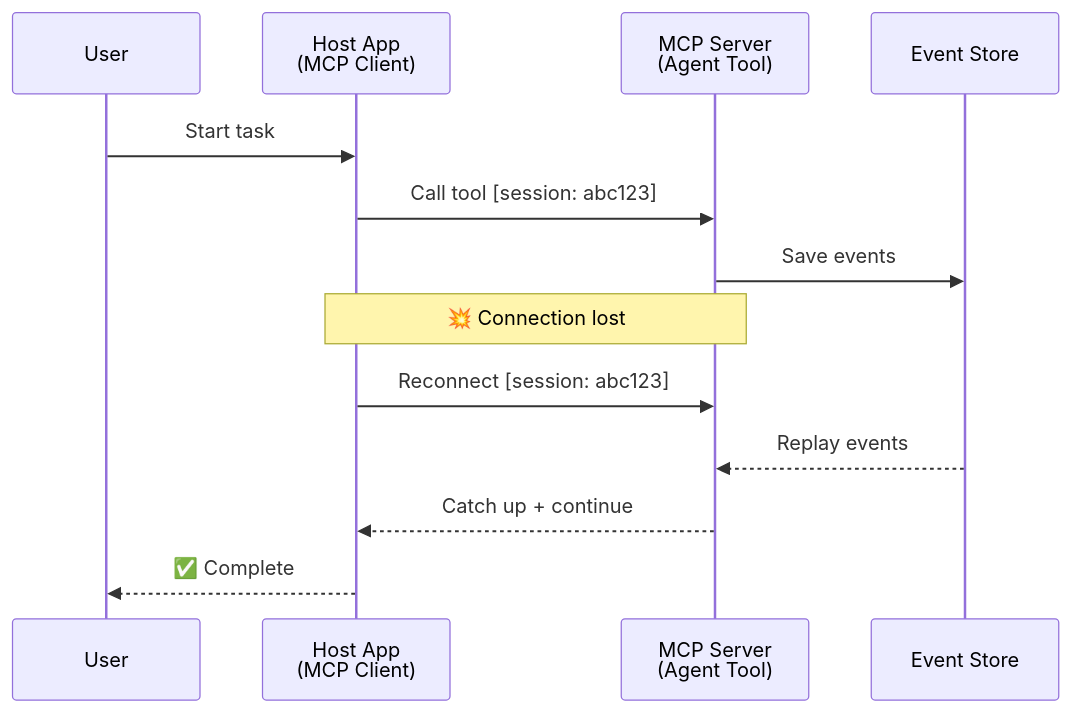
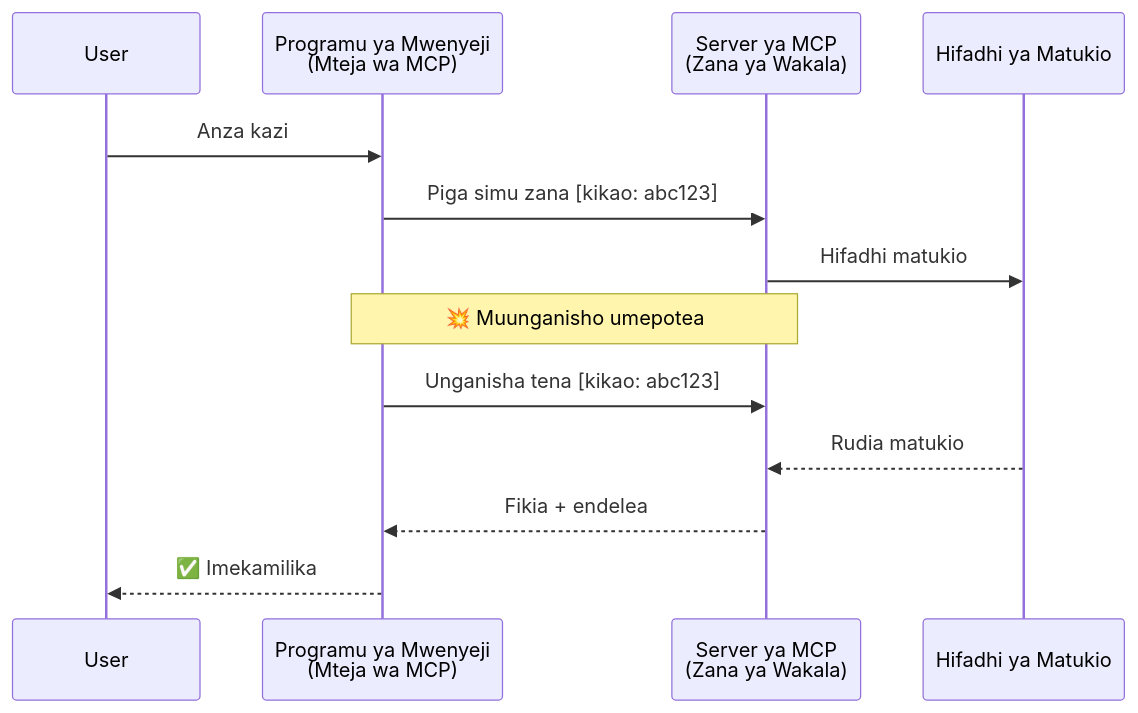
The second of 5 diagrams in translations/sw/11-agentic-protocols/code_samples/mcp-agents/README.md (microsoft/ai-agents-for-beginners), drawn with Mermaid before and after one commit. The commit also changed other lines of this file and 222 other files, not shown here.

````diff
--- a/translations/sw/11-agentic-protocols/code_samples/mcp-agents/README.md
+++ b/translations/sw/11-agentic-protocols/code_samples/mcp-agents/README.md
@@ -82,18 +82,18 @@
 ```mermaid
 sequenceDiagram
     participant User
-    participant Host as Host App<br/>(MCP Client)
-    participant Server as MCP Server<br/>(Agent Tool)
-    participant Store as Event Store
+    participant Host as Programu ya Mwenyeji<br/>(Mteja wa MCP)
+    participant Server as Server ya MCP<br/>(Zana ya Wakala)
+    participant Store as Hifadhi ya Matukio
 
-    User->>Host: Start task
-    Host->>Server: Call tool [session: abc123]
-    Server->>Store: Save events
+    User->>Host: Anza kazi
+    Host->>Server: Piga simu zana [kikao: abc123]
+    Server->>Store: Hifadhi matukio
 
-    Note over Host,Server: 💥 Connection lost
+    Note over Host,Server: 💥 Muunganisho umepotea
 
-    Host->>Server: Reconnect [session: abc123]
-    Store-->>Server: Replay events
-    Server-->>Host: Catch up + continue
-    Host-->>User: ✅ Complete
+    Host->>Server: Unganisha tena [kikao: abc123]
+    Store-->>Server: Rudia matukio
+    Server-->>Host: Fikia + endelea
+    Host-->>User: ✅ Imekamilika
 ```
````
